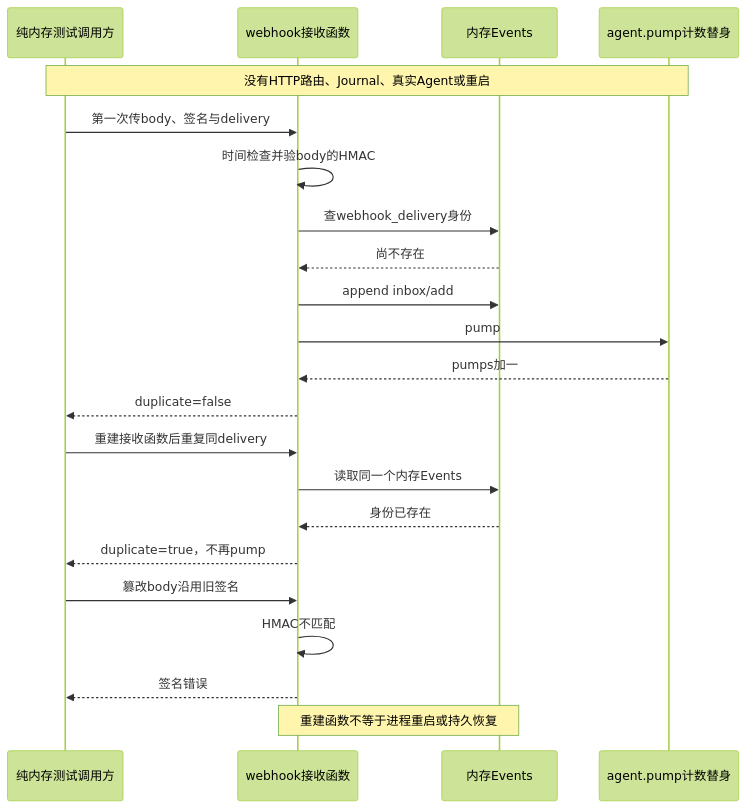
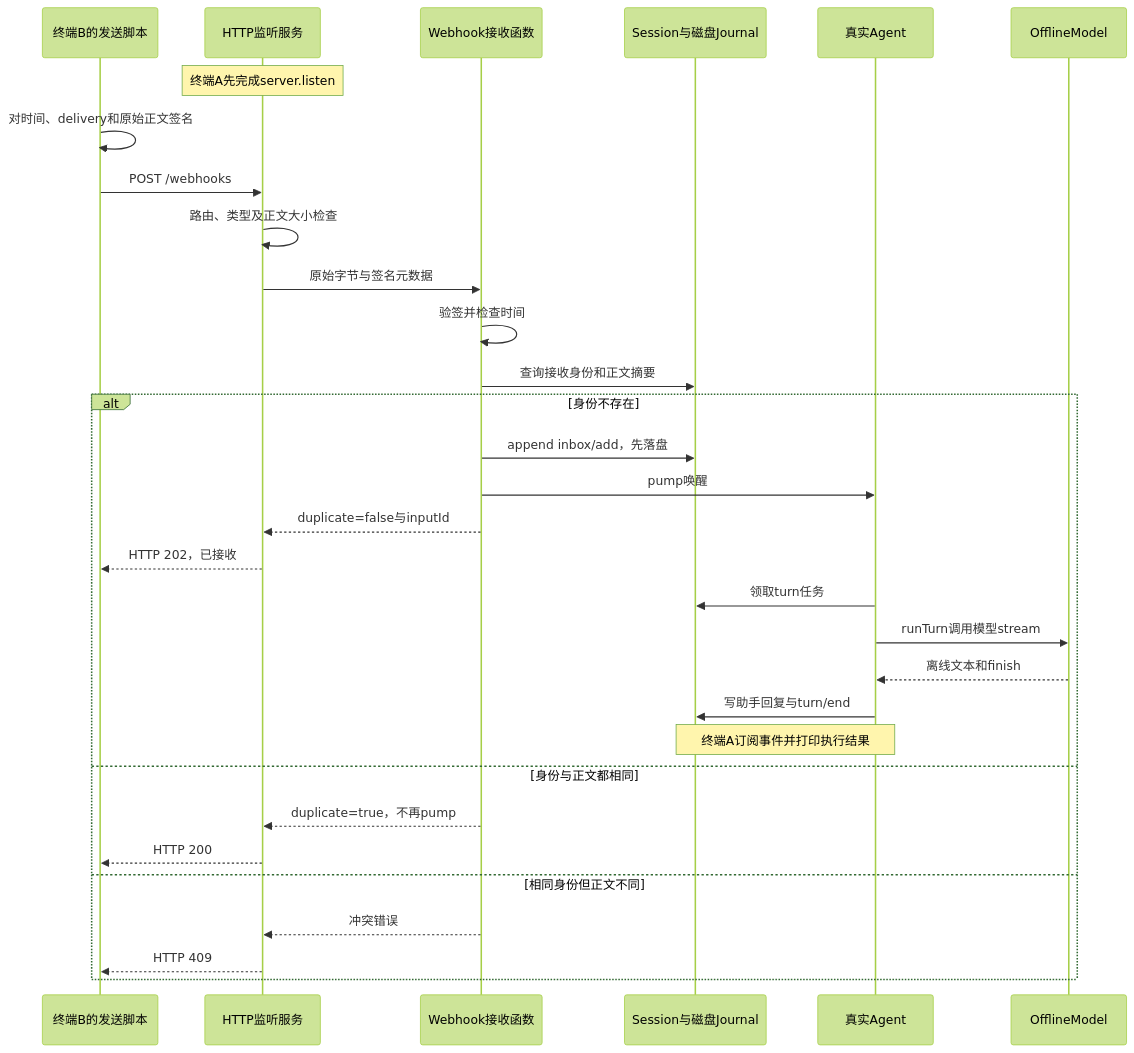
The fourth of 4 diagrams in tutorial/linear/lessons/061.md (dddddd889/deepseek-harness-demo), drawn with Mermaid (forest theme) before and after one commit. The commit also changed other lines of this file and 9 other files, not shown here.

````diff
--- a/tutorial/linear/lessons/061.md
+++ b/tutorial/linear/lessons/061.md
@@ -34,24 +656,33 @@
 ```mermaid
 sequenceDiagram
-    participant T as 纯内存测试调用方
-    participant W as webhook接收函数
-    participant E as 内存Events
-    participant P as agent.pump计数替身
-    Note over T,P: 没有HTTP路由、Journal、真实Agent或重启
-    T->>W: 第一次传body、签名与delivery
-    W->>W: 时间检查并验body的HMAC
-    W->>E: 查webhook_delivery身份
-    E-->>W: 尚不存在
-    W->>E: append inbox/add
-    W->>P: pump
-    P-->>W: pumps加一
-    W-->>T: duplicate=false
-    T->>W: 重建接收函数后重复同delivery
-    W->>E: 读取同一个内存Events
-    E-->>W: 身份已存在
-    W-->>T: duplicate=true，不再pump
-    T->>W: 篡改body沿用旧签名
-    W->>W: HMAC不匹配
-    W-->>T: 签名错误
-    Note over W,E: 重建函数不等于进程重启或持久恢复
+    participant S as 终端B的发送脚本
+    participant H as HTTP监听服务
+    participant W as Webhook接收函数
+    participant J as Session与磁盘Journal
+    participant A as 真实Agent
+    participant M as OfflineModel
+    Note over H: 终端A先完成server.listen
+    S->>S: 对时间、delivery和原始正文签名
+    S->>H: POST /webhooks
+    H->>H: 路由、类型及正文大小检查
+    H->>W: 原始字节与签名元数据
+    W->>W: 验签并检查时间
+    W->>J: 查询接收身份和正文摘要
+    alt 身份不存在
+        W->>J: append inbox/add，先落盘
+        W->>A: pump唤醒
+        W-->>H: duplicate=false与inputId
+        H-->>S: HTTP 202，已接收
+        A->>J: 领取turn任务
+        A->>M: runTurn调用模型stream
+        M-->>A: 离线文本和finish
+        A->>J: 写助手回复与turn/end
+        Note over A,J: 终端A订阅事件并打印执行结果
+    else 身份与正文都相同
+        W-->>H: duplicate=true，不再pump
+        H-->>S: HTTP 200
+    else 相同身份但正文不同
+        W-->>H: 冲突错误
+        H-->>S: HTTP 409
+    end
 ```
````
